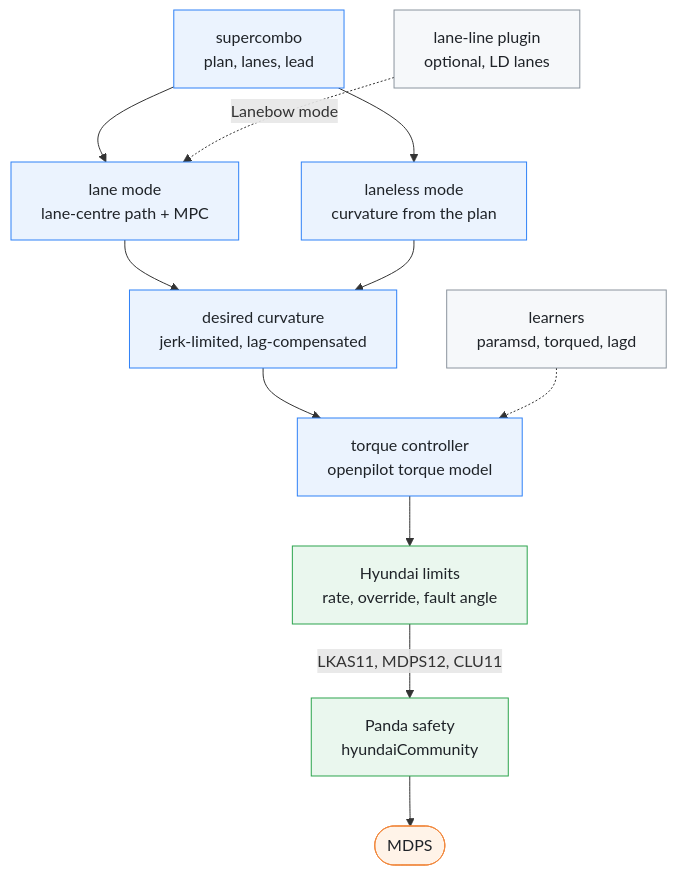
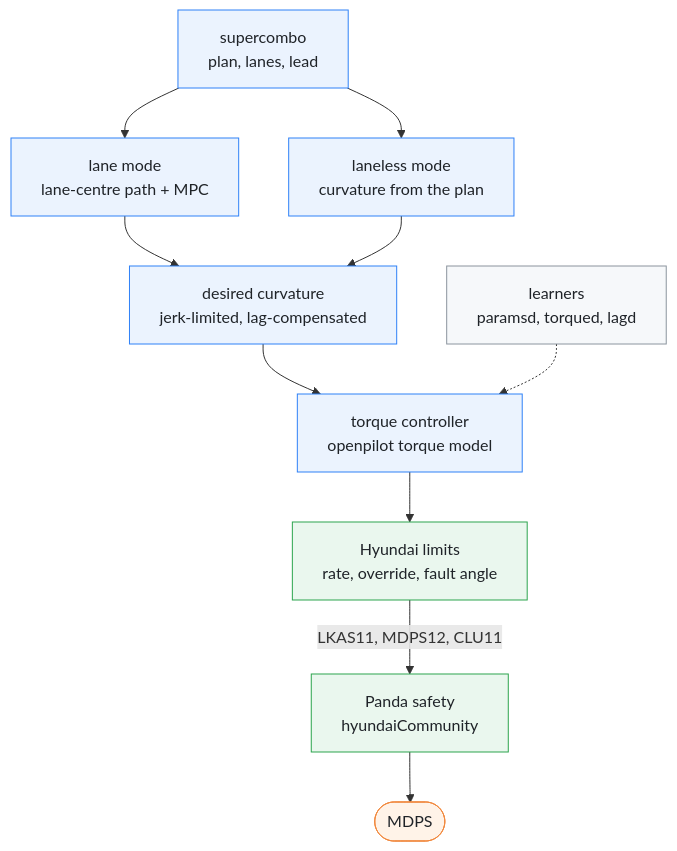
Before and after one commit to Deggory/edgepilot: the third of 7 diagrams in README.md, drawn with Mermaid. The commit also changed other lines of this file and 100 other files, not shown here.

First line of the commit message:
planner, modeld: remove Lanebow and the lane-line plugin slot

````diff
--- a/README.md
+++ b/README.md
@@ -144,26 +144,25 @@
 ```mermaid
 ---
 config:
   flowchart:
     wrappingWidth: 400
 ---
 flowchart TB
     model["supercombo<br>plan, lanes, lead"] --> lane["lane mode<br>lane-centre path + MPC"]
-    ld["lane-line plugin<br>optional, LD lanes"] -. "Lanebow mode" .-> lane
     model --> laneless["laneless mode<br>curvature from the plan"]
     lane --> desired["desired curvature<br>jerk-limited, lag-compensated"]
     laneless --> desired
     desired --> torque["torque controller<br>openpilot torque model"]
     learners["learners<br>paramsd, torqued, lagd"] -.-> torque
     torque --> limits["Hyundai limits<br>rate, override, fault angle"]
     limits -- "LKAS11, MDPS12, CLU11" --> safety["Panda safety<br>hyundaiCommunity"]
     safety --> mdps(["MDPS"])
     classDef compute fill:#ebf3fe,stroke:#2f81f7,color:#1f2328
     classDef proc fill:#f6f8fa,stroke:#8b949e,color:#1f2328
     classDef external fill:#fff3e8,stroke:#f0883e,color:#1f2328
     classDef safety fill:#eaf7ee,stroke:#2da44e,color:#1f2328
     class model,lane,laneless,desired,torque compute
-    class learners,ld proc
+    class learners proc
     class limits,safety safety
     class mdps external
 ```
````
